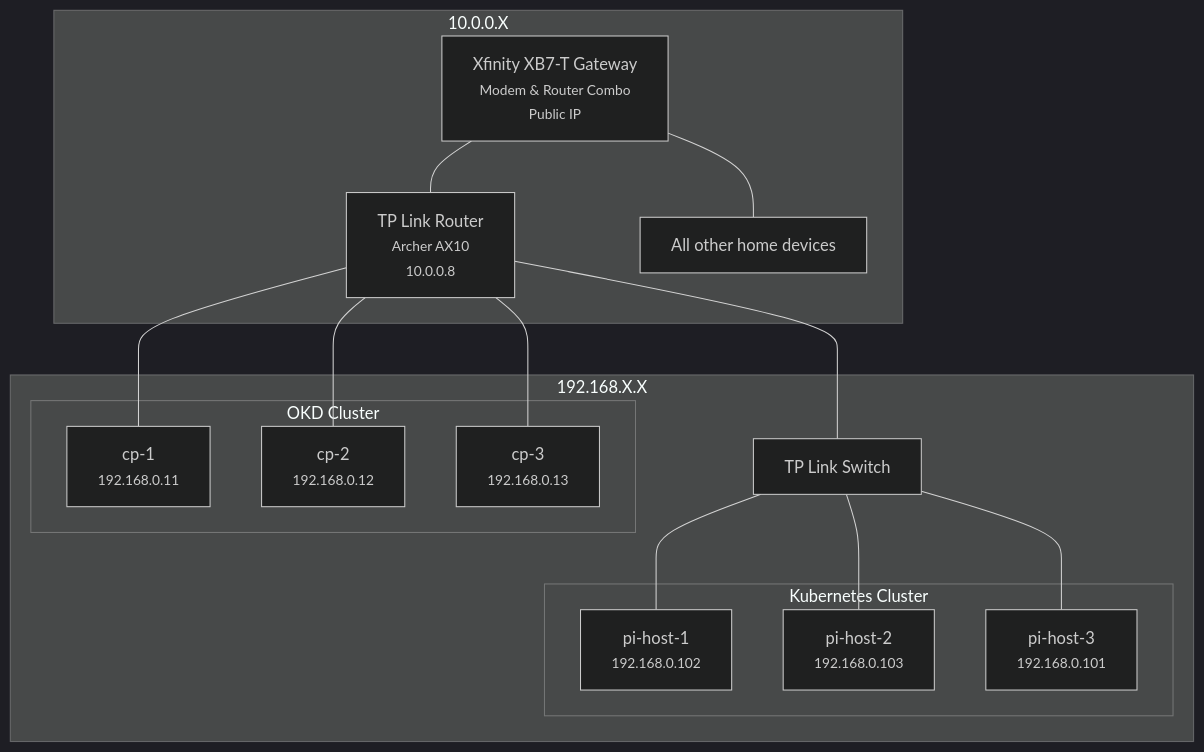
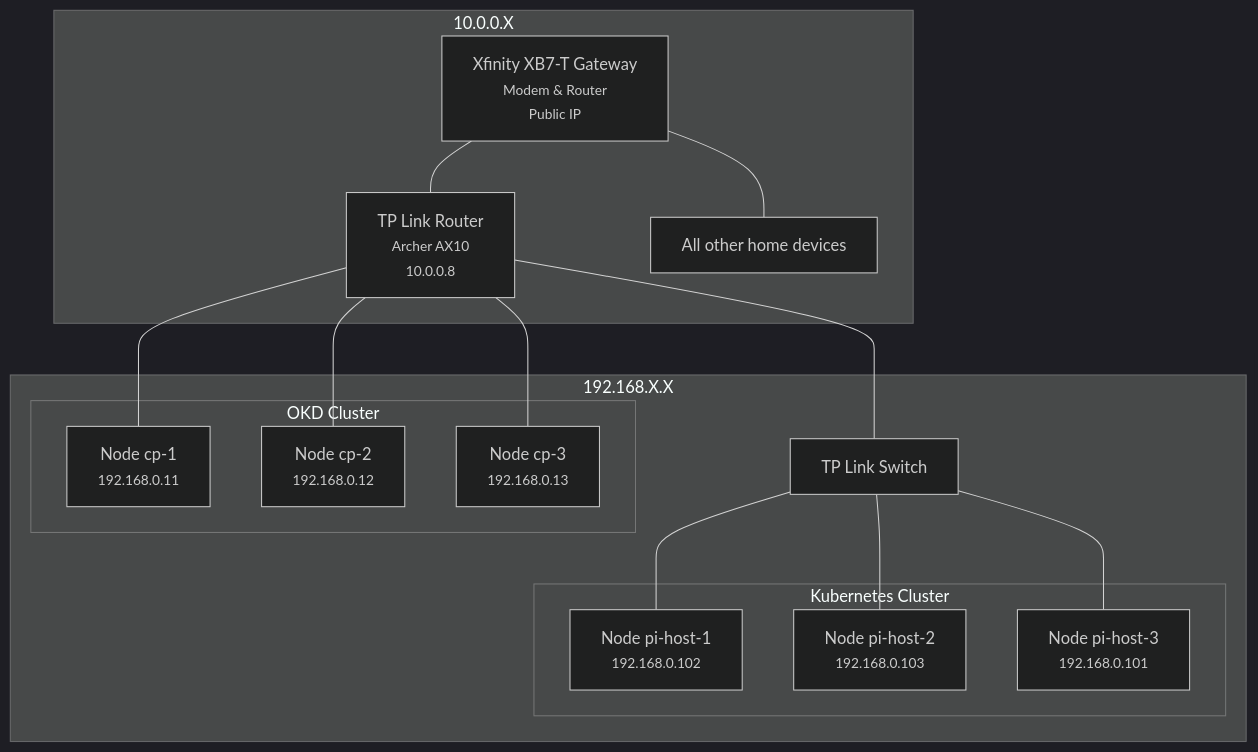
One commit to jennweir/HomeLab changed the diagram in README.md. Above: the diagram before and after it, drawn with Mermaid (dark theme).

Commit message:
feat(readme): add words for better formatting

````diff
--- a/README.md
+++ b/README.md
@@ -3,30 +3,30 @@
 ```mermaid
 graph TD
 subgraph 10.0.0.X
-A[Xfinity XB7-T Gateway<br/><small>Modem & Router Combo</small><br/><small>Public IP</small>]
+A[Xfinity XB7-T Gateway<br/><small>Modem & Router</small><br/><small>Public IP</small>]
 A --- B
 A --- J
 J[All other home devices]
 end
 B[TP Link Router <br/><small>Archer AX10</small><br/><small>10.0.0.8</small>]
 B --- C
 B --- D
 B --- E
 B --- F
 subgraph 192.168.X.X
 subgraph OKD Cluster
-C[cp-1 <br/><small>192.168.0.11</small>]
-D[cp-2 <br/><small>192.168.0.12</small>]
-E[cp-3 <br/><small>192.168.0.13</small>]
+C[Node cp-1 <br/><small>192.168.0.11</small>]
+D[Node cp-2 <br/><small>192.168.0.12</small>]
+E[Node cp-3 <br/><small>192.168.0.13</small>]
 end
 F[TP Link Switch]
 subgraph Kubernetes Cluster
-G[pi-host-1 <br/><small>192.168.0.102</small>]
-H[pi-host-2 <br/><small>192.168.0.103</small>]
-I[pi-host-3 <br/><small>192.168.0.101</small>]
+G[Node pi-host-1 <br/><small>192.168.0.102</small>]
+H[Node pi-host-2 <br/><small>192.168.0.103</small>]
+I[Node pi-host-3 <br/><small>192.168.0.101</small>]
 end
 F --- G
 F --- H
 F --- I
 end
 ```
````
